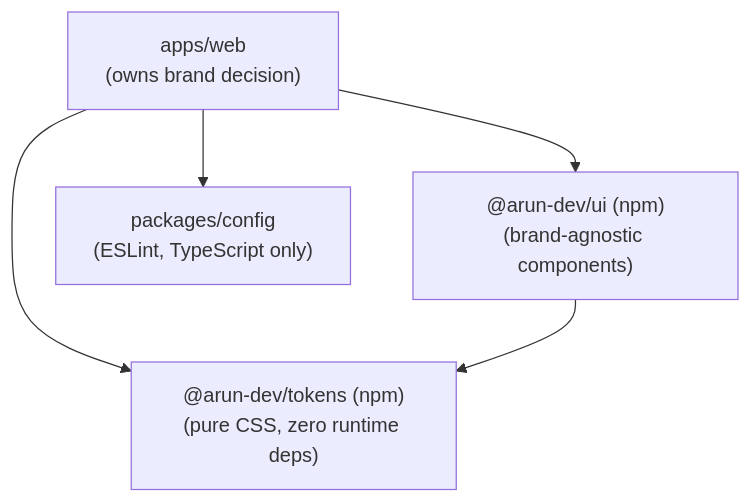
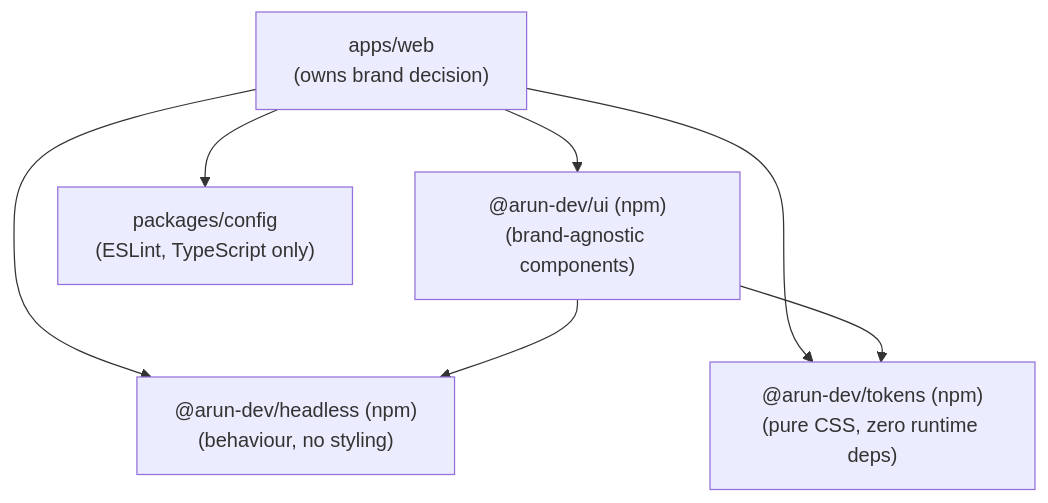
The fifth of 6 diagrams in docs/design-system.md (arun9483/arun-dev-platform), drawn with Mermaid before and after one commit. The commit also changed other lines of this file and 41 other files, not shown here.

````diff
--- a/docs/design-system.md
+++ b/docs/design-system.md
@@ -236,12 +241,15 @@
 ```mermaid
 graph TD
     WEB["apps/web<br/>(owns brand decision)"]
     UI["@arun-dev/ui (npm)<br/>(brand-agnostic components)"]
+    HEADLESS["@arun-dev/headless (npm)<br/>(behaviour, no styling)"]
     TOKENS["@arun-dev/tokens (npm)<br/>(pure CSS, zero runtime deps)"]
     CONFIG["packages/config<br/>(ESLint, TypeScript only)"]
 
     WEB --> UI
+    WEB --> HEADLESS
     WEB --> TOKENS
+    UI --> HEADLESS
     UI --> TOKENS
     WEB --> CONFIG
 ```
````
